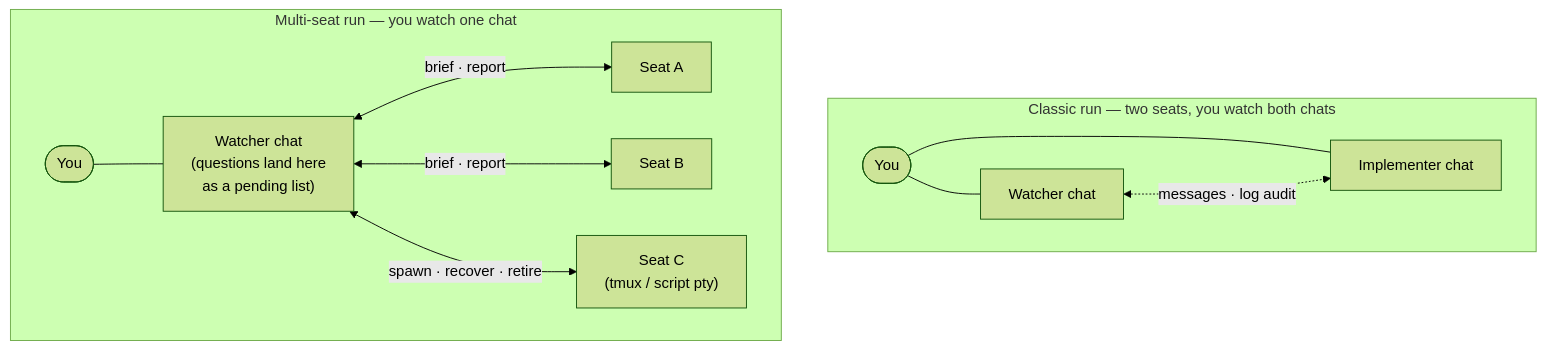
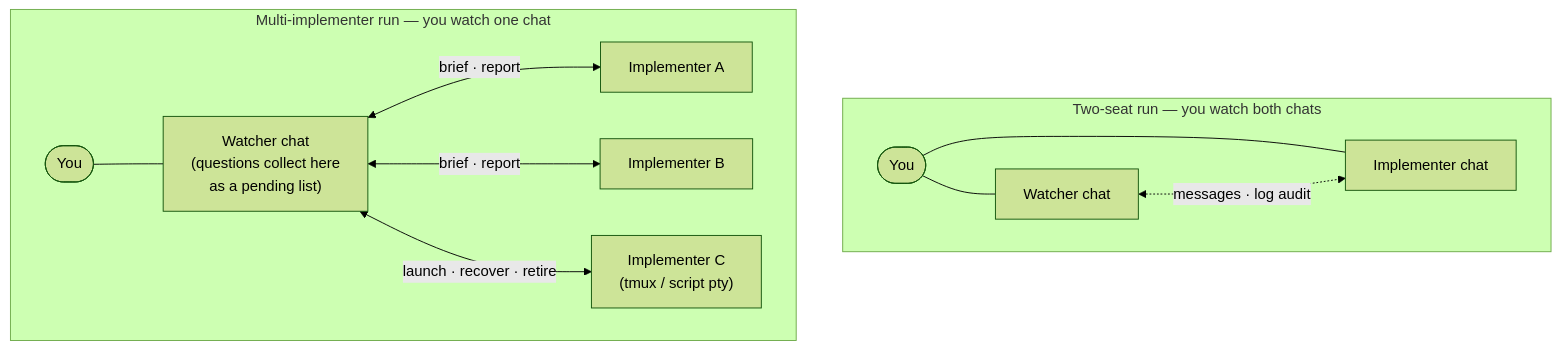
One commit to inakaegg/pair-watch changed the second of 2 diagrams in README.md. Above: the diagram before and after it, drawn with Mermaid (forest theme). The commit also changed other lines of this file and 1 other file, not shown here.

First line of the commit message:
Rewrite both READMEs around the comparison argument / 比較の論証を軸に両READMEを全面書き直し

````diff
--- a/README.md
+++ b/README.md
@@ -68,16 +91,16 @@
 ```mermaid
 flowchart TB
-    subgraph classic["Classic run — two seats, you watch both chats"]
+    subgraph classic["Two-seat run — you watch both chats"]
         direction LR
         U1([You]) --- W1["Watcher chat"]
         U1 --- I1["Implementer chat"]
         W1 <-.->|"messages · log audit"| I1
     end
-    subgraph multi["Multi-seat run — you watch one chat"]
+    subgraph multi["Multi-implementer run — you watch one chat"]
         direction LR
-        U2([You]) --- W2["Watcher chat<br/>(questions land here<br/>as a pending list)"]
-        W2 <-->|"brief · report"| A["Seat A"]
-        W2 <-->|"brief · report"| B["Seat B"]
-        W2 <-->|"spawn · recover · retire"| C["Seat C<br/>(tmux / script pty)"]
+        U2([You]) --- W2["Watcher chat<br/>(questions collect here<br/>as a pending list)"]
+        W2 <-->|"brief · report"| A["Implementer A"]
+        W2 <-->|"brief · report"| B["Implementer B"]
+        W2 <-->|"launch · recover · retire"| C["Implementer C<br/>(tmux / script pty)"]
     end
 ```
````
